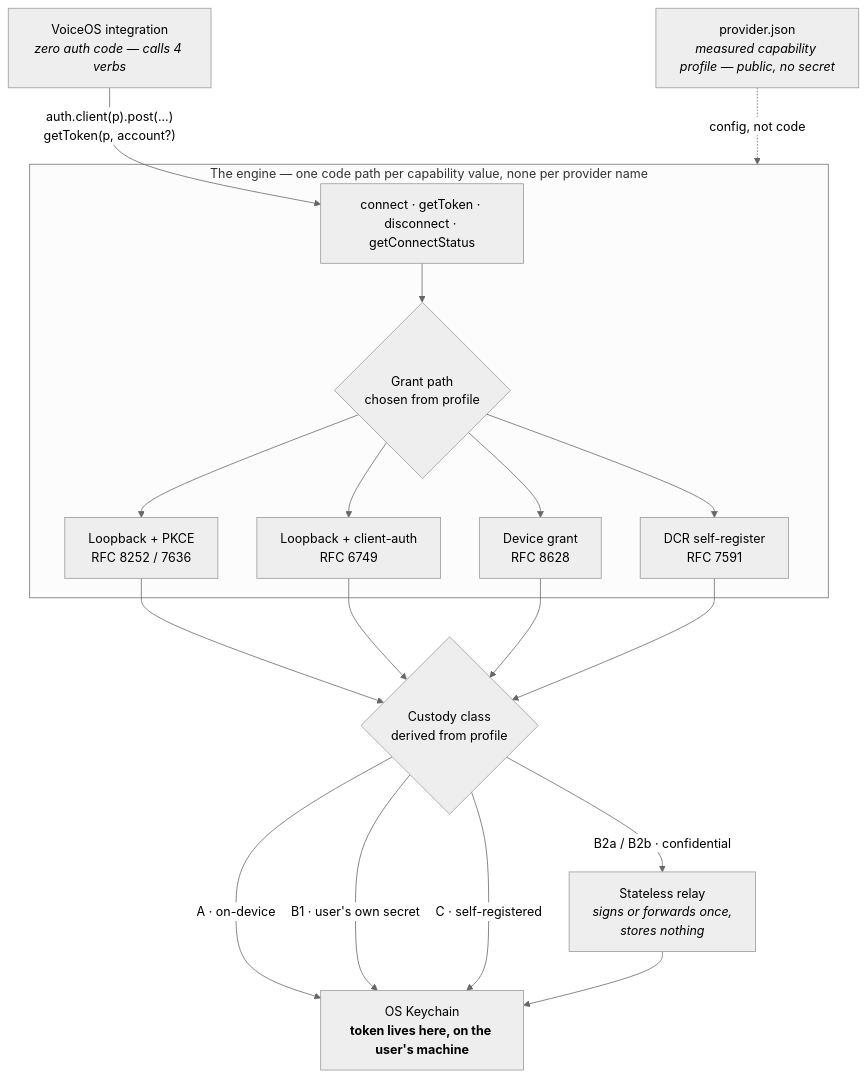
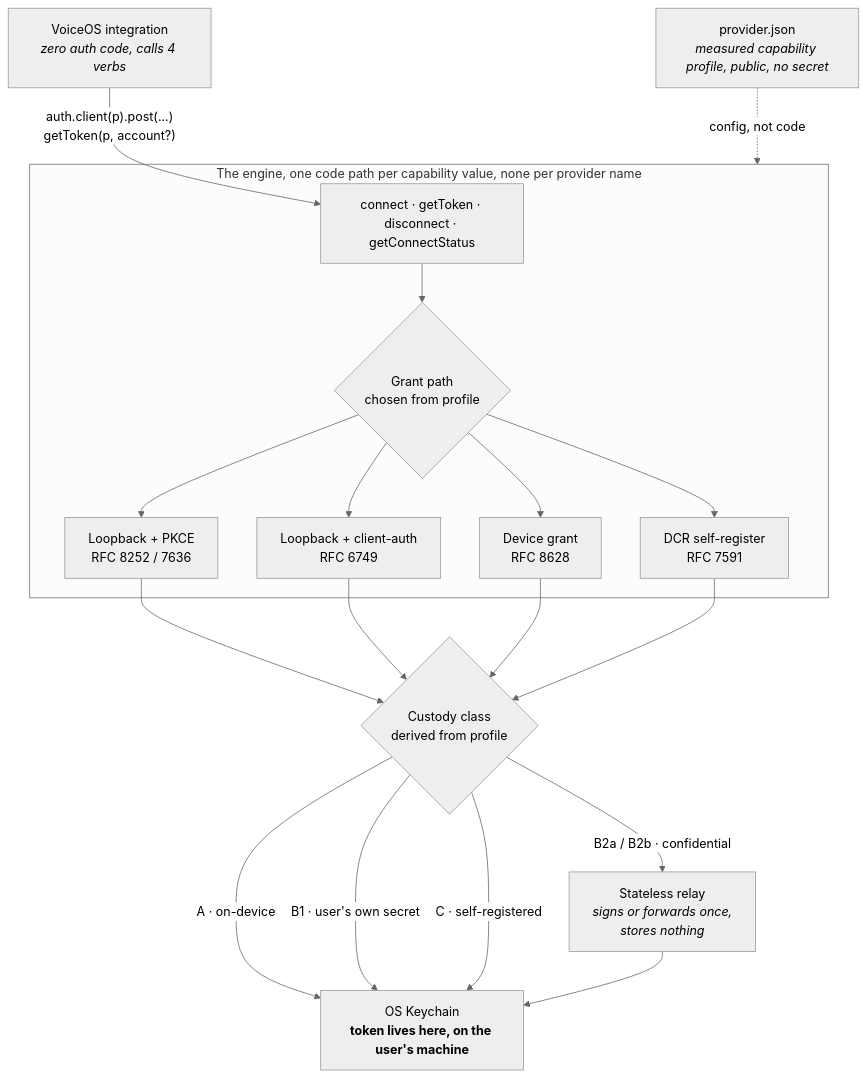
Before and after one commit to rithvik-bk/voiceos-oauth-engine: the diagram in README.md, drawn with Mermaid (neutral theme). The commit also changed other lines of this file and 1 other file, not shown here.

Commit message:
Docs: getting-started guide for integration builders; retitle as VoiceOS Native OAuth Engine

````diff
--- a/README.md
+++ b/README.md
@@ -23,27 +27,27 @@
 ```mermaid
 flowchart TD
-    I["VoiceOS integration<br/><i>zero auth code — calls 4 verbs</i>"]
+    I["VoiceOS integration<br/><i>zero auth code, calls 4 verbs</i>"]
     I -->|"auth.client(p).post(...)<br/>getToken(p, account?)"| E
 
-    subgraph ENG["The engine — one code path per capability value, none per provider name"]
+    subgraph ENG["The engine, one code path per capability value, none per provider name"]
       E["connect · getToken · disconnect · getConnectStatus"]
       E --> G{"Grant path<br/>chosen from profile"}
       G --> P1["Loopback + PKCE<br/>RFC 8252 / 7636"]
       G --> P2["Loopback + client-auth<br/>RFC 6749"]
       G --> P3["Device grant<br/>RFC 8628"]
       G --> P4["DCR self-register<br/>RFC 7591"]
     end
 
-    CFG["provider.json<br/><i>measured capability profile — public, no secret</i>"] -.->|"config, not code"| ENG
+    CFG["provider.json<br/><i>measured capability profile, public, no secret</i>"] -.->|"config, not code"| ENG
 
     P1 --> CU{"Custody class<br/>derived from profile"}
     P2 --> CU
     P3 --> CU
     P4 --> CU
 
     CU -->|"A · on-device"| KC["OS Keychain<br/><b>token lives here, on the user's machine</b>"]
     CU -->|"B1 · user's own secret"| KC
     CU -->|"C · self-registered"| KC
     CU -->|"B2a / B2b · confidential"| RLY["Stateless relay<br/><i>signs or forwards once,<br/>stores nothing</i>"]
     RLY --> KC
 ```
````
